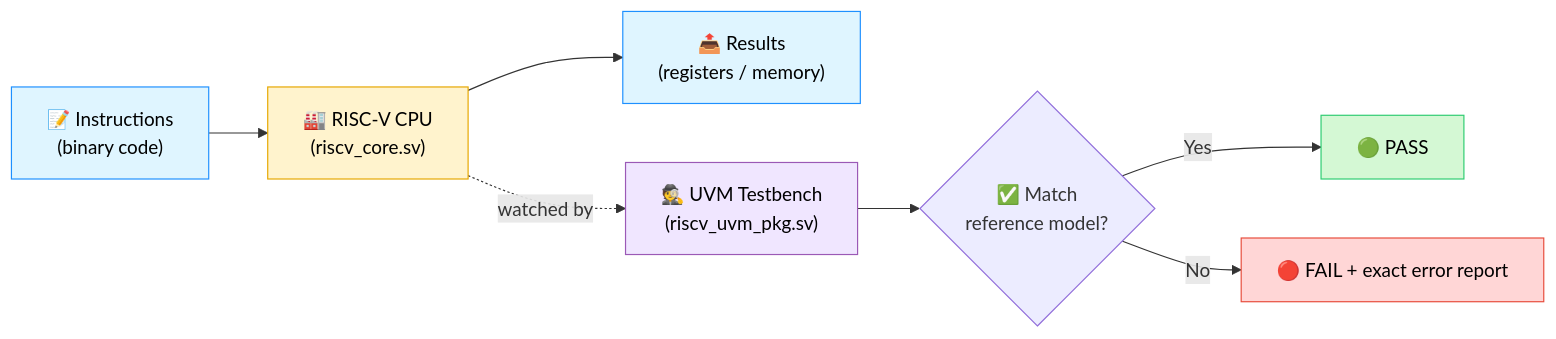
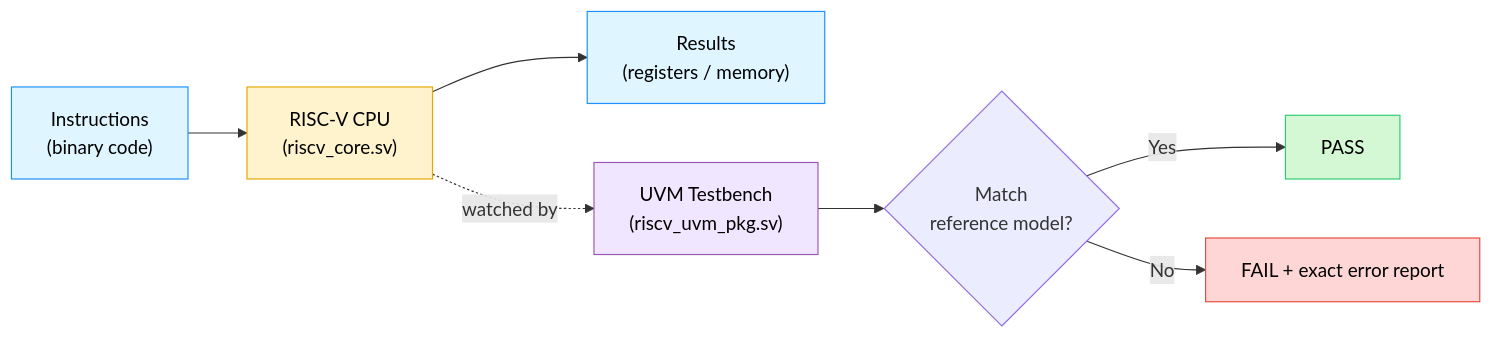
One commit to hjsanjana/rtl-design-practice changed the second of 30 diagrams in RISC-V/README.md. Above: the diagram before and after it, drawn with Mermaid. The commit also changed other lines of this file, not shown here.

First line of the commit message:
Condense RISC-V README prose and strip emoji

````diff
--- a/RISC-V/README.md
+++ b/RISC-V/README.md
@@ -78,16 +51,16 @@
 ```mermaid
 flowchart LR
-    A["📝 Instructions\n(binary code)"] --> B["🏭 RISC-V CPU\n(riscv_core.sv)"]
-    B --> C["📤 Results\n(registers / memory)"]
-    B -.watched by.-> D["🕵️ UVM Testbench\n(riscv_uvm_pkg.sv)"]
-    D --> E{"✅ Match\nreference model?"}
-    E -->|Yes| F["🟢 PASS"]
-    E -->|No| G["🔴 FAIL + exact error report"]
+    A["Instructions\n(binary code)"] --> B["RISC-V CPU\n(riscv_core.sv)"]
+    B --> C["Results\n(registers / memory)"]
+    B -.watched by.-> D["UVM Testbench\n(riscv_uvm_pkg.sv)"]
+    D --> E{"Match\nreference model?"}
+    E -->|Yes| F["PASS"]
+    E -->|No| G["FAIL + exact error report"]
 
     style A fill:#dff5ff,stroke:#1e90ff,color:#000
     style B fill:#fff3cd,stroke:#e6a700,color:#000
     style C fill:#dff5ff,stroke:#1e90ff,color:#000
     style D fill:#f0e6ff,stroke:#9b59b6,color:#000
     style F fill:#d4f8d4,stroke:#2ecc71,color:#000
     style G fill:#ffd6d6,stroke:#e74c3c,color:#000
 ```
````
